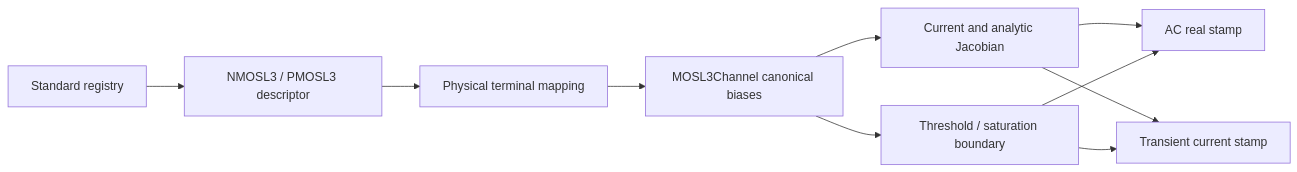
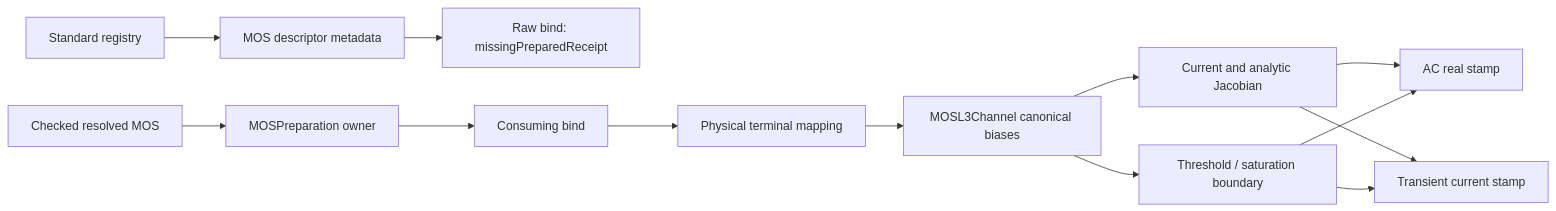
Before and after one commit to 1amageek/CoreSpice: the first of 4 diagrams in Sources/CoreSpiceDevices/Devices/DESIGN.md, drawn with Mermaid. The commit also changed other lines of this file and 215 other files, not shown here.

Commit message:
Integrate exact MOS resolution and single-owner execution

````diff
--- a/Sources/CoreSpiceDevices/Devices/DESIGN.md
+++ b/Sources/CoreSpiceDevices/Devices/DESIGN.md
@@ -30,12 +34,15 @@
 ```mermaid
 flowchart LR
-    Registry[Standard registry] --> Bind[NMOSL3 / PMOSL3 descriptor]
+    Registry[Standard registry] --> Raw[MOS descriptor metadata]
+    Raw --> Refuse[Raw bind: missingPreparedReceipt]
+    Resolved[Checked resolved MOS] --> Prepare[MOSPreparation owner]
+    Prepare --> Bind[Consuming bind]
     Bind --> Bound[Physical terminal mapping]
     Bound --> Channel[MOSL3Channel canonical biases]
     Channel --> DC[Current and analytic Jacobian]
     Channel --> Caps[Threshold / saturation boundary]
     DC --> AC[AC real stamp]
     DC --> Transient[Transient current stamp]
     Caps --> AC
     Caps --> Transient
 ```
````
